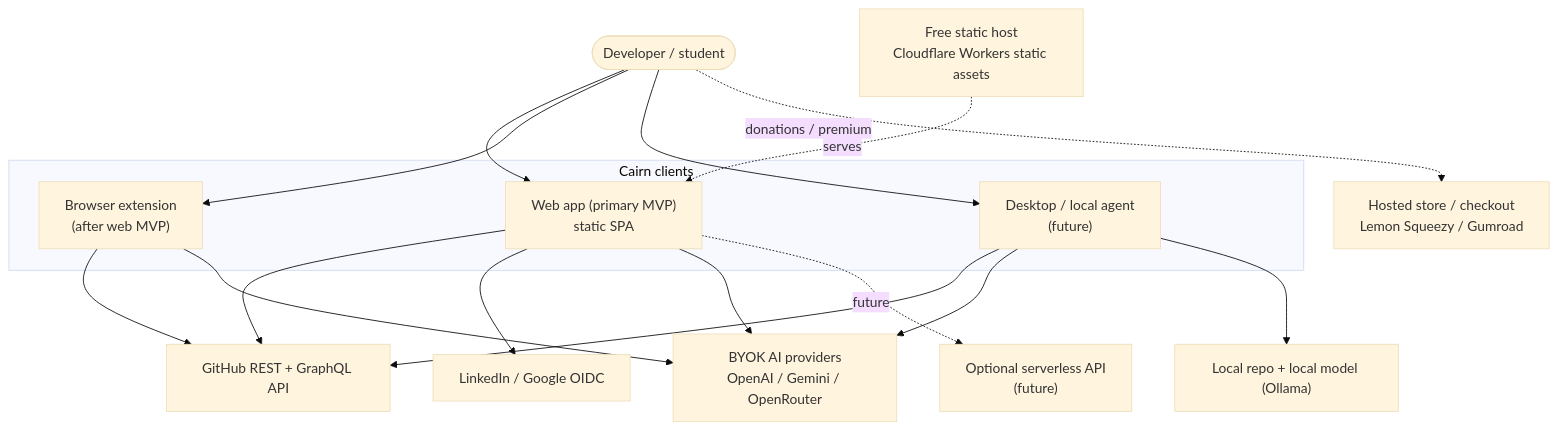
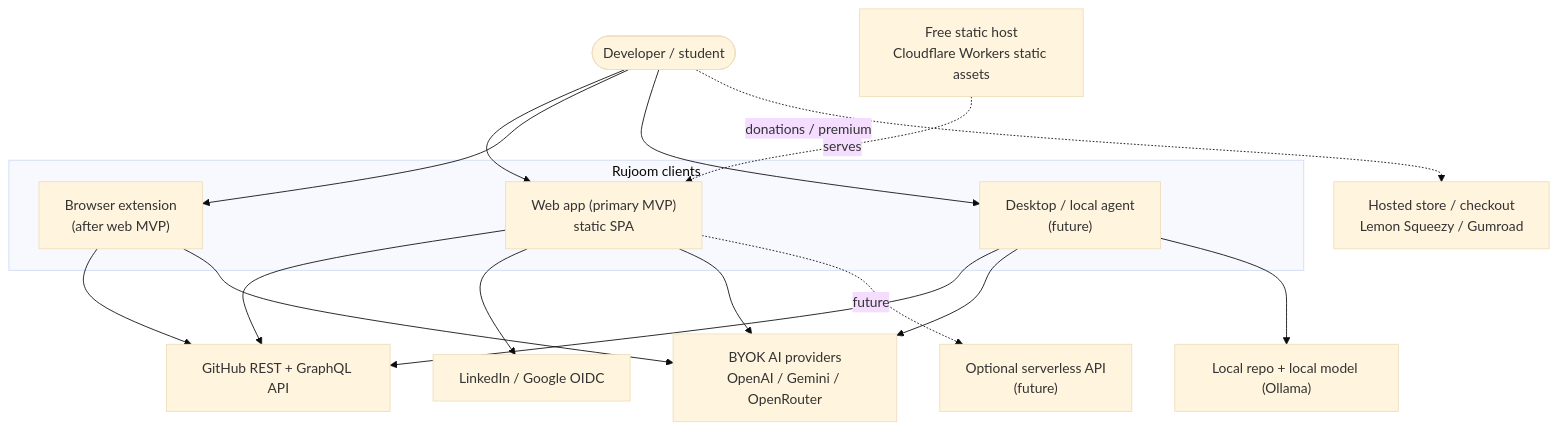
Before and after one commit to MahmoudNasserGouda/cairn: the first of 7 diagrams in ARCHITECTURE.md, drawn with Mermaid (base theme). The commit also changed other lines of this file and 33 other files, not shown here.

First line of the commit message:
refactor: rename user-facing brand Cairn to Rujoom

````diff
--- a/ARCHITECTURE.md
+++ b/ARCHITECTURE.md
@@ -44,26 +44,26 @@
 ```mermaid
 flowchart TB
     User([Developer / student])
 
-    subgraph Clients["Cairn clients"]
+    subgraph Clients["Rujoom clients"]
         Web["Web app (primary MVP)<br/>static SPA"]
         Ext["Browser extension<br/>(after web MVP)"]
         Desktop["Desktop / local agent<br/>(future)"]
     end
 
     Host["Free static host<br/>Cloudflare Workers static assets"]
     GH["GitHub REST + GraphQL API"]
     LI["LinkedIn / Google OIDC"]
     AI["BYOK AI providers<br/>OpenAI / Gemini / OpenRouter"]
     Store["Hosted store / checkout<br/>Lemon Squeezy / Gumroad"]
     Serverless["Optional serverless API<br/>(future)"]
 
     User --> Web & Ext & Desktop
     Host -. serves .-> Web
     Web --> GH & LI & AI
     Ext --> GH & AI
     Desktop --> GH & AI
     Desktop --> Local["Local repo + local model (Ollama)"]
     User -. donations / premium .-> Store
     Web -. future .-> Serverless
 ```
````
